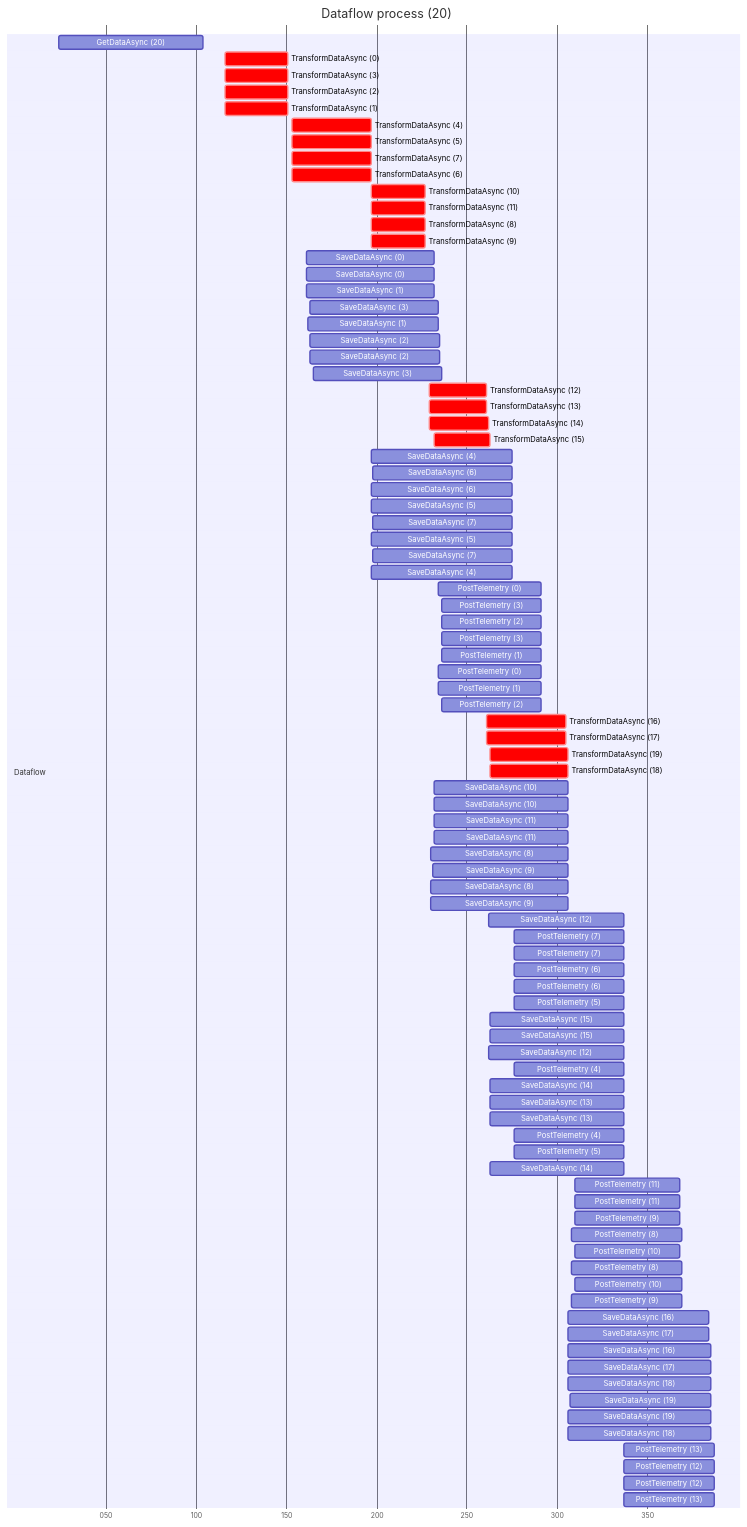
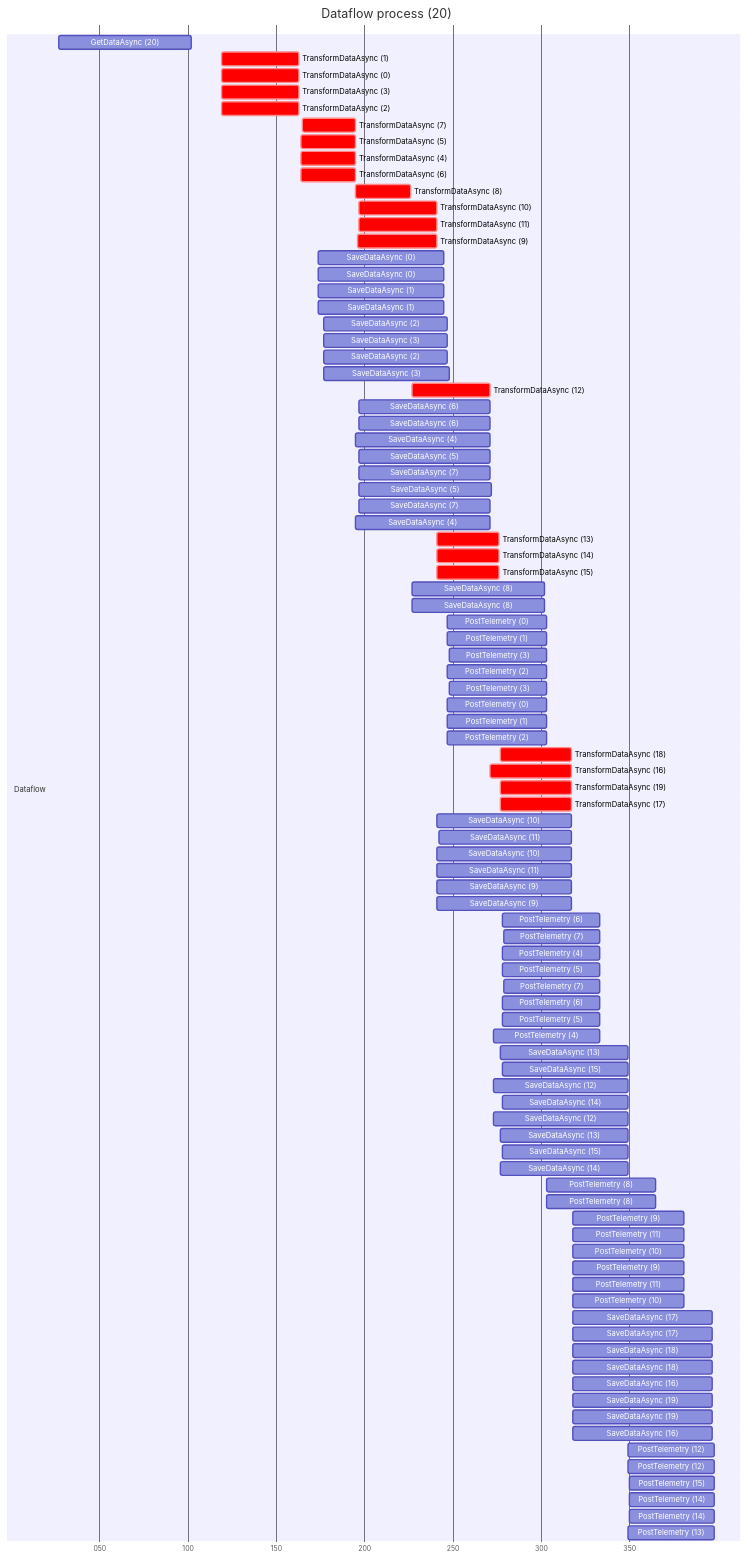
The fourth of 4 diagrams in README.MD (MathewBeldon/DataFlow.Example), drawn with Mermaid before and after one commit. The commit also changed other lines of this file and 5 other files, not shown here.

````diff
--- a/README.MD
+++ b/README.MD
@@ -257,93 +270,95 @@
         dateFormat x
         axisFormat %L
         section Dataflow
-            GetDataAsync (20) : 24, 80ms
-            TransformDataAsync (0) :crit, 116, 35ms
-            TransformDataAsync (3) :crit, 116, 35ms
-            TransformDataAsync (2) :crit, 116, 35ms
-            TransformDataAsync (1) :crit, 116, 35ms
-            TransformDataAsync (4) :crit, 153, 44ms
-            TransformDataAsync (5) :crit, 153, 44ms
-            TransformDataAsync (7) :crit, 153, 44ms
-            TransformDataAsync (6) :crit, 153, 44ms
-            TransformDataAsync (10) :crit, 197, 30ms
-            TransformDataAsync (11) :crit, 197, 30ms
-            TransformDataAsync (8) :crit, 197, 30ms
-            TransformDataAsync (9) :crit, 197, 30ms
-            SaveDataAsync (0) : 161, 71ms
-            SaveDataAsync (0) : 161, 71ms
-            SaveDataAsync (1) : 161, 71ms
-            SaveDataAsync (3) : 163, 71ms
-            SaveDataAsync (1) : 162, 72ms
-            SaveDataAsync (2) : 163, 72ms
-            SaveDataAsync (2) : 163, 72ms
-            SaveDataAsync (3) : 165, 71ms
-            TransformDataAsync (12) :crit, 229, 32ms
-            TransformDataAsync (13) :crit, 229, 32ms
-            TransformDataAsync (14) :crit, 229, 33ms
-            TransformDataAsync (15) :crit, 232, 31ms
-            SaveDataAsync (4) : 197, 78ms
-            SaveDataAsync (6) : 198, 77ms
-            SaveDataAsync (6) : 197, 78ms
-            SaveDataAsync (5) : 197, 78ms
-            SaveDataAsync (7) : 198, 77ms
-            SaveDataAsync (5) : 197, 78ms
-            SaveDataAsync (7) : 198, 77ms
-            SaveDataAsync (4) : 197, 78ms
-            PostTelemetry (0) : 234, 57ms
-            PostTelemetry (3) : 236, 55ms
-            PostTelemetry (2) : 236, 55ms
-            PostTelemetry (3) : 236, 55ms
-            PostTelemetry (1) : 236, 55ms
-            PostTelemetry (0) : 234, 57ms
-            PostTelemetry (1) : 234, 57ms
-            PostTelemetry (2) : 236, 55ms
-            TransformDataAsync (16) :crit, 261, 44ms
-            TransformDataAsync (17) :crit, 261, 44ms
-            TransformDataAsync (19) :crit, 263, 43ms
-            TransformDataAsync (18) :crit, 263, 43ms
-            SaveDataAsync (10) : 232, 74ms
-            SaveDataAsync (10) : 232, 74ms
-            SaveDataAsync (11) : 232, 74ms
-            SaveDataAsync (11) : 232, 74ms
-            SaveDataAsync (8) : 230, 76ms
-            SaveDataAsync (9) : 231, 75ms
-            SaveDataAsync (8) : 230, 76ms
-            SaveDataAsync (9) : 230, 76ms
-            SaveDataAsync (12) : 262, 75ms
-            PostTelemetry (7) : 276, 61ms
-            PostTelemetry (7) : 276, 61ms
-            PostTelemetry (6) : 276, 61ms
-            PostTelemetry (6) : 276, 61ms
-            PostTelemetry (5) : 276, 61ms
-            SaveDataAsync (15) : 263, 74ms
-            SaveDataAsync (15) : 263, 74ms
-            SaveDataAsync (12) : 262, 75ms
-            PostTelemetry (4) : 276, 61ms
-            SaveDataAsync (14) : 263, 74ms
-            SaveDataAsync (13) : 263, 74ms
-            SaveDataAsync (13) : 263, 74ms
-            PostTelemetry (4) : 276, 61ms
-            PostTelemetry (5) : 276, 61ms
-            SaveDataAsync (14) : 263, 74ms
-            PostTelemetry (11) : 310, 58ms
-            PostTelemetry (11) : 310, 58ms
-            PostTelemetry (9) : 310, 58ms
-            PostTelemetry (8) : 308, 61ms
-            PostTelemetry (10) : 310, 58ms
-            PostTelemetry (8) : 308, 61ms
-            PostTelemetry (10) : 310, 59ms
-            PostTelemetry (9) : 308, 61ms
-            SaveDataAsync (16) : 306, 78ms
-            SaveDataAsync (17) : 306, 78ms
-            SaveDataAsync (16) : 306, 79ms
-            SaveDataAsync (17) : 306, 79ms
-            SaveDataAsync (18) : 306, 79ms
-            SaveDataAsync (19) : 307, 78ms
-            SaveDataAsync (19) : 306, 79ms
-            SaveDataAsync (18) : 306, 79ms
-            PostTelemetry (13) : 337, 50ms
-            PostTelemetry (12) : 337, 50ms
-            PostTelemetry (12) : 337, 50ms
-            PostTelemetry (13) : 337, 50ms
+            GetDataAsync (20) : 27, 75ms
+            TransformDataAsync (1) :crit, 119, 44ms
+            TransformDataAsync (0) :crit, 119, 44ms
+            TransformDataAsync (3) :crit, 119, 44ms
+            TransformDataAsync (2) :crit, 119, 44ms
+            TransformDataAsync (7) :crit, 165, 30ms
+            TransformDataAsync (5) :crit, 164, 31ms
+            TransformDataAsync (4) :crit, 164, 31ms
+            TransformDataAsync (6) :crit, 164, 31ms
+            TransformDataAsync (8) :crit, 195, 31ms
+            TransformDataAsync (10) :crit, 197, 44ms
+            TransformDataAsync (11) :crit, 197, 44ms
+            TransformDataAsync (9) :crit, 196, 45ms
+            SaveDataAsync (0) : 174, 71ms
+            SaveDataAsync (0) : 174, 71ms
+            SaveDataAsync (1) : 174, 71ms
+            SaveDataAsync (1) : 174, 71ms
+            SaveDataAsync (2) : 177, 70ms
+            SaveDataAsync (3) : 177, 70ms
+            SaveDataAsync (2) : 177, 70ms
+            SaveDataAsync (3) : 177, 71ms
+            TransformDataAsync (12) :crit, 227, 44ms
+            SaveDataAsync (6) : 197, 74ms
+            SaveDataAsync (6) : 197, 74ms
+            SaveDataAsync (4) : 195, 76ms
+            SaveDataAsync (5) : 197, 74ms
+            SaveDataAsync (7) : 197, 74ms
+            SaveDataAsync (5) : 197, 75ms
+            SaveDataAsync (7) : 197, 74ms
+            SaveDataAsync (4) : 195, 76ms
+            TransformDataAsync (13) :crit, 241, 35ms
+            TransformDataAsync (14) :crit, 241, 35ms
+            TransformDataAsync (15) :crit, 241, 35ms
+            SaveDataAsync (8) : 227, 75ms
+            SaveDataAsync (8) : 227, 75ms
+            PostTelemetry (0) : 247, 56ms
+            PostTelemetry (1) : 247, 56ms
+            PostTelemetry (3) : 248, 55ms
+            PostTelemetry (2) : 247, 56ms
+            PostTelemetry (3) : 248, 55ms
+            PostTelemetry (0) : 247, 56ms
+            PostTelemetry (1) : 247, 56ms
+            PostTelemetry (2) : 247, 56ms
+            TransformDataAsync (18) :crit, 277, 40ms
+            TransformDataAsync (16) :crit, 271, 46ms
+            TransformDataAsync (19) :crit, 277, 40ms
+            TransformDataAsync (17) :crit, 277, 40ms
+            SaveDataAsync (10) : 241, 76ms
+            SaveDataAsync (11) : 242, 75ms
+            SaveDataAsync (10) : 241, 76ms
+            SaveDataAsync (11) : 241, 76ms
+            SaveDataAsync (9) : 241, 76ms
+            SaveDataAsync (9) : 241, 76ms
+            PostTelemetry (6) : 278, 55ms
+            PostTelemetry (7) : 279, 54ms
+            PostTelemetry (4) : 278, 55ms
+            PostTelemetry (5) : 278, 55ms
+            PostTelemetry (7) : 279, 54ms
+            PostTelemetry (6) : 278, 55ms
+            PostTelemetry (5) : 278, 55ms
+            PostTelemetry (4) : 273, 60ms
+            SaveDataAsync (13) : 277, 72ms
+            SaveDataAsync (15) : 278, 71ms
+            SaveDataAsync (12) : 273, 76ms
+            SaveDataAsync (14) : 278, 71ms
+            SaveDataAsync (12) : 273, 76ms
+            SaveDataAsync (13) : 277, 72ms
+            SaveDataAsync (15) : 278, 71ms
+            SaveDataAsync (14) : 277, 72ms
+            PostTelemetry (8) : 303, 62ms
+            PostTelemetry (8) : 303, 62ms
+            PostTelemetry (9) : 318, 63ms
+            PostTelemetry (11) : 318, 63ms
+            PostTelemetry (10) : 318, 63ms
+            PostTelemetry (9) : 318, 63ms
+            PostTelemetry (11) : 318, 63ms
+            PostTelemetry (10) : 318, 63ms
+            SaveDataAsync (17) : 318, 79ms
+            SaveDataAsync (17) : 318, 79ms
+            SaveDataAsync (18) : 318, 79ms
+            SaveDataAsync (18) : 318, 79ms
+            SaveDataAsync (16) : 318, 79ms
+            SaveDataAsync (19) : 318, 79ms
+            SaveDataAsync (19) : 318, 79ms
+            SaveDataAsync (16) : 318, 79ms
+            PostTelemetry (12) : 349, 49ms
+            PostTelemetry (12) : 349, 49ms
+            PostTelemetry (15) : 350, 48ms
+            PostTelemetry (14) : 350, 48ms
+            PostTelemetry (14) : 350, 48ms
+            PostTelemetry (13) : 349, 49ms
 ```
````
